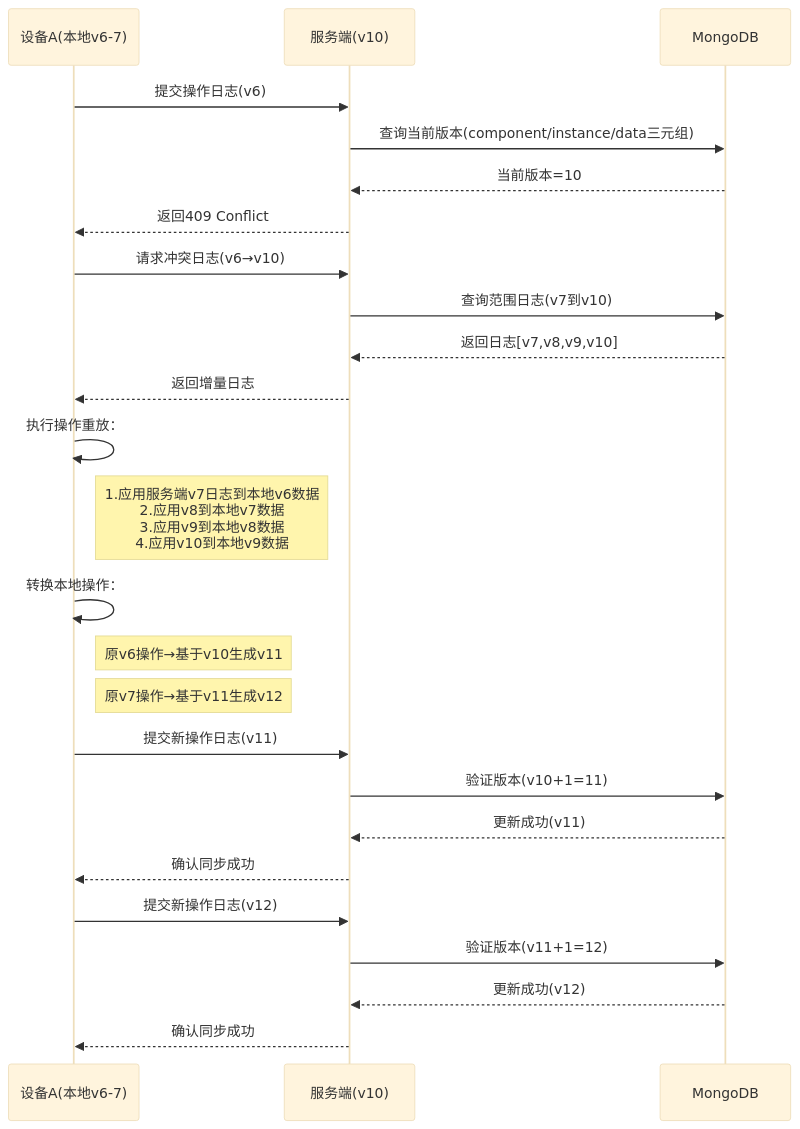
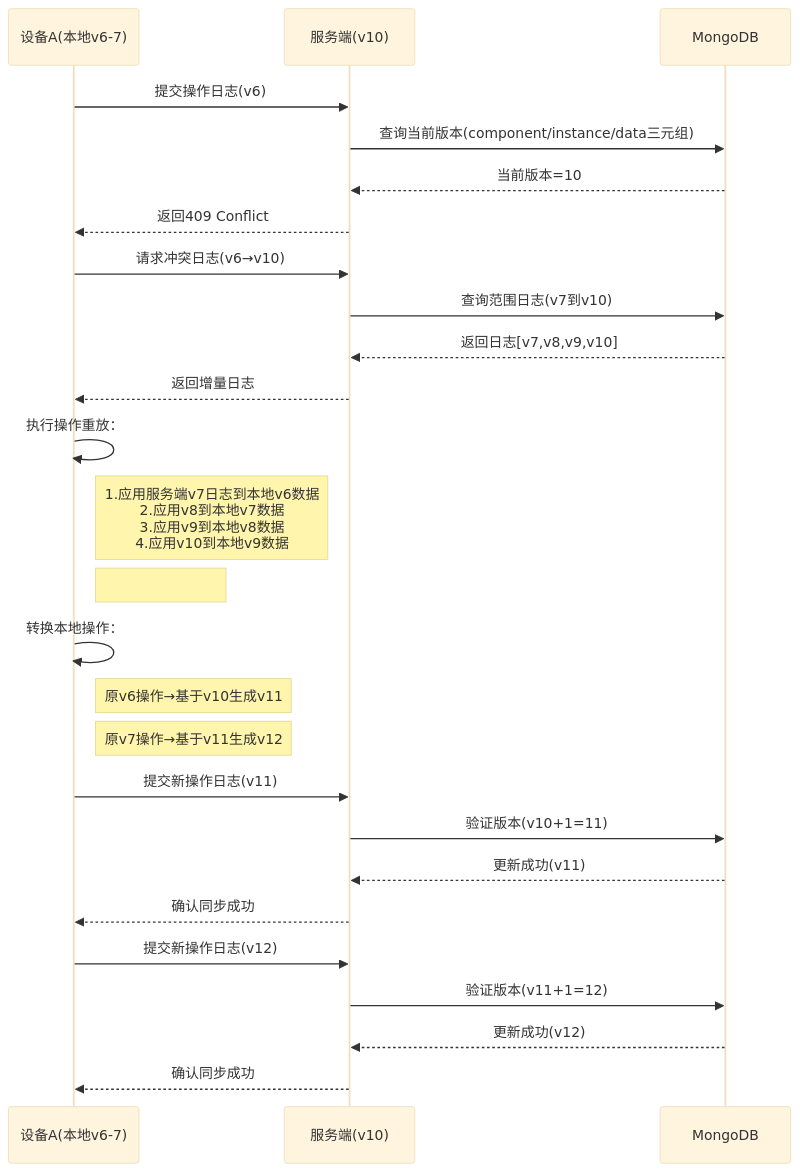
Before and after one commit to yingjianzh/iodraw-files: the diagram in all/未命名-26.md, drawn with Mermaid (base theme).

Commit message:
2025-02-26 16:23:53 update

````diff
--- a/all/未命名-26.md
+++ b/all/未命名-26.md
@@ -1,40 +1,40 @@
 ```mermaid
 sequenceDiagram
     participant A as 设备A(本地v6-7)
     participant S as 服务端(v10)
     participant DB as MongoDB
 
     %% 初始同步尝试
     A->>S: 提交操作日志(v6)
     S->>DB: 查询当前版本(component/instance/data三元组)
     DB-->>S: 当前版本=10
     S-->>A: 返回409 Conflict
 
     %% 冲突解决阶段
     A->>S: 请求冲突日志(v6→v10)
     S->>DB: 查询范围日志(v7到v10)
     DB-->>S: 返回日志[v7,v8,v9,v10]
     S-->>A: 返回增量日志
 
     %% 本地数据重建
     A->>A: 执行操作重放：
     note right of A: 1.应用服务端v7日志到本地v6数据 <br> 2.应用v8到本地v7数据 <br> 3.应用v9到本地v8数据 <br> 4.应用v10到本地v9数据
-
+    note right of A:
 
 
     %% 本地操作转换
     A->>A: 转换本地操作：
     note right of A: 原v6操作→基于v10生成v11
     note right of A: 原v7操作→基于v11生成v12
 
     %% 重新提交
     A->>S: 提交新操作日志(v11)
     S->>DB: 验证版本(v10+1=11)
     DB-->>S: 更新成功(v11)
     S-->>A: 确认同步成功
 
     A->>S: 提交新操作日志(v12)
     S->>DB: 验证版本(v11+1=12)
     DB-->>S: 更新成功(v12)
     S-->>A: 确认同步成功
 ```
````
